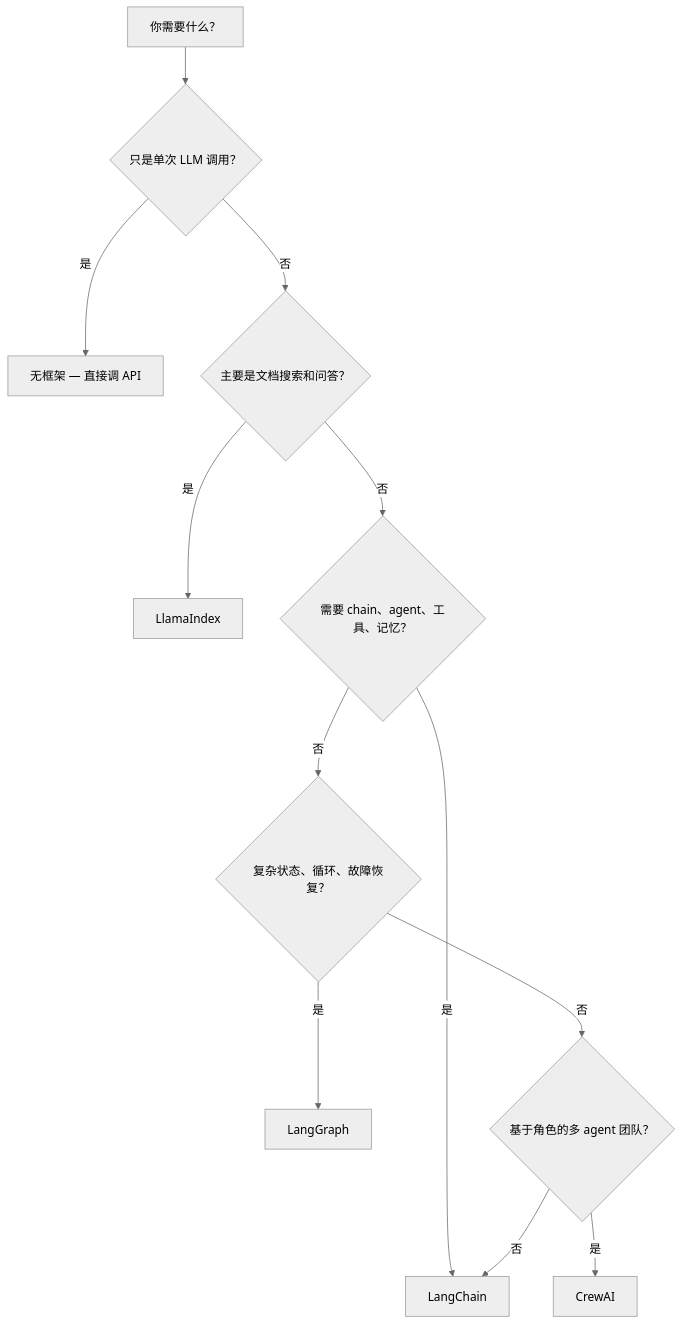
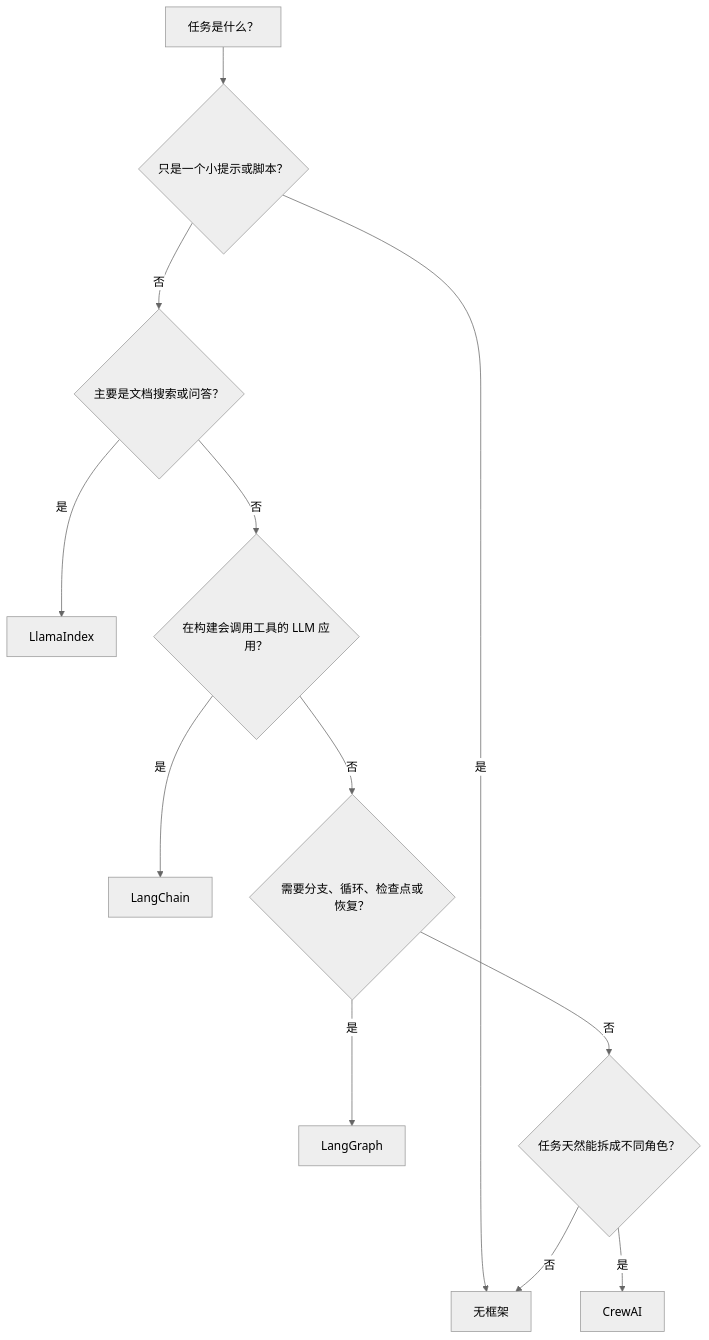
The diagram in zh-Hans/ecosystem/framework-comparison.mdx (Prompthon-IO/agent-systems-handbook), drawn with Mermaid (neutral theme) before and after one commit. The commit also changed other lines of this file and 1 other file, not shown here.

````diff
--- a/zh-Hans/ecosystem/framework-comparison.mdx
+++ b/zh-Hans/ecosystem/framework-comparison.mdx
@@ -66,14 +68,14 @@
 ```mermaid
 flowchart TD
-  Start["你需要什么？"] --> Q1{"只是单次 LLM 调用？"}
-  Q1 -- 是 --> NoFW["无框架 — 直接调 API"]
-  Q1 -- 否 --> Q2{"主要是文档搜索和问答？"}
+  Start["任务是什么？"] --> Q1{"只是一个小提示或脚本？"}
+  Q1 -- 是 --> NoFW["无框架"]
+  Q1 -- 否 --> Q2{"主要是文档搜索或问答？"}
   Q2 -- 是 --> LI["LlamaIndex"]
-  Q2 -- 否 --> Q3{"需要 chain、agent、工具、记忆？"}
+  Q2 -- 否 --> Q3{"在构建会调用工具的 LLM 应用？"}
   Q3 -- 是 --> LC["LangChain"]
-  Q3 -- 否 --> Q4{"复杂状态、循环、故障恢复？"}
+  Q3 -- 否 --> Q4{"需要分支、循环、检查点或恢复？"}
   Q4 -- 是 --> LG["LangGraph"]
-  Q4 -- 否 --> Q5{"基于角色的多 agent 团队？"}
+  Q4 -- 否 --> Q5{"任务天然能拆成不同角色？"}
   Q5 -- 是 --> CA["CrewAI"]
-  Q5 -- 否 --> LC
+  Q5 -- 否 --> NoFW
 ```
````
